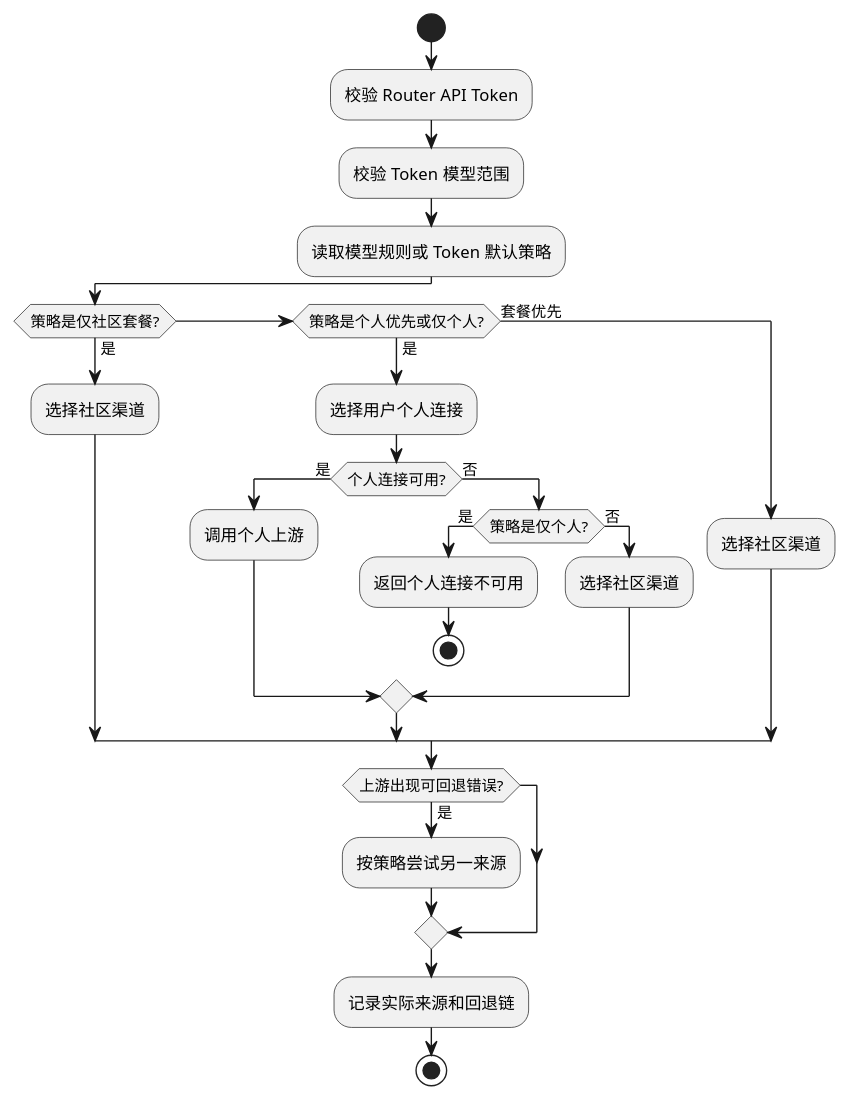
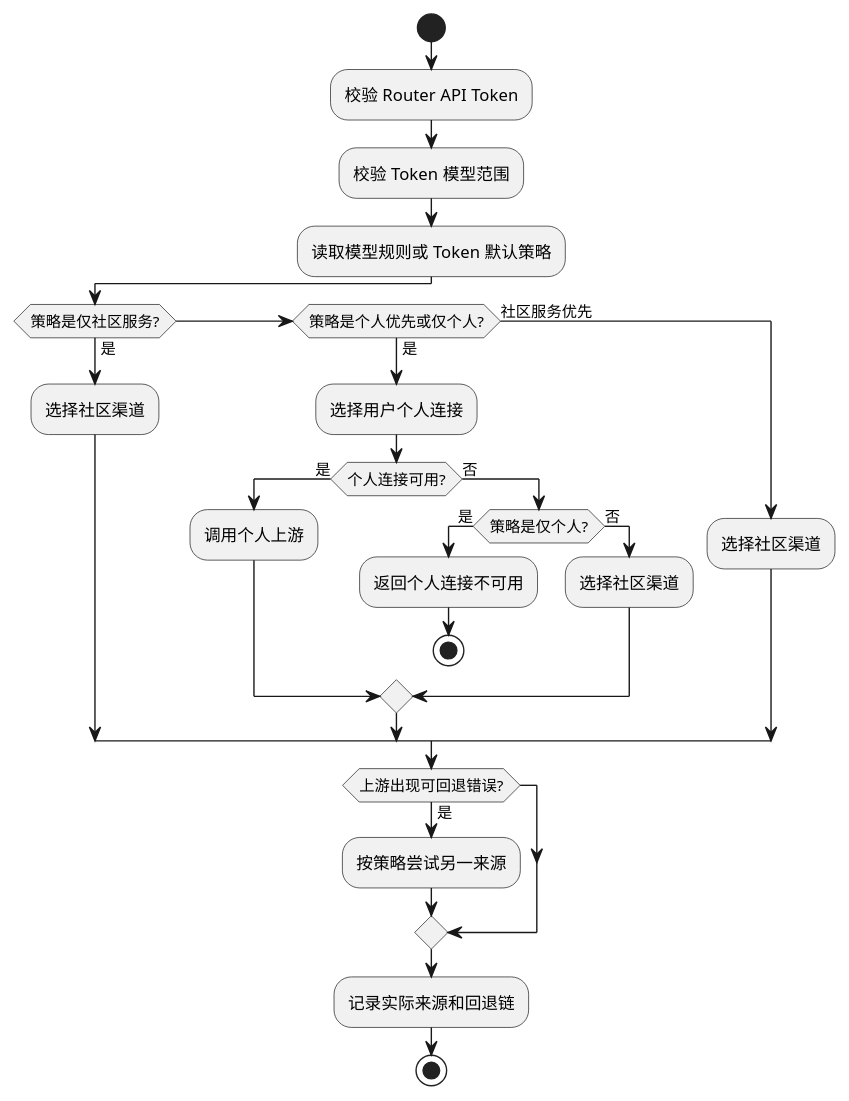
One commit to haiqinma/router changed the diagram in docs/模型路由/个人供应商路由方案.md. Above: the diagram before and after it, drawn with PlantUML. The commit also changed other lines of this file and 14 other files, not shown here.

````diff
--- a/docs/模型路由/个人供应商路由方案.md
+++ b/docs/模型路由/个人供应商路由方案.md
@@ -34,30 +39,30 @@
 ```plantuml
 @startuml
 start
 :校验 Router API Token;
 :校验 Token 模型范围;
 :读取模型规则或 Token 默认策略;
-if (策略是仅社区套餐?) then (是)
+if (策略是仅社区服务?) then (是)
   :选择社区渠道;
 elseif (策略是个人优先或仅个人?) then (是)
   :选择用户个人连接;
   if (个人连接可用?) then (是)
     :调用个人上游;
   else (否)
     if (策略是仅个人?) then (是)
       :返回个人连接不可用;
       stop
     else (否)
       :选择社区渠道;
     endif
   endif
-else (套餐优先)
+else (社区服务优先)
   :选择社区渠道;
 endif
 if (上游出现可回退错误?) then (是)
   :按策略尝试另一来源;
 endif
 :记录实际来源和回退链;
 stop
 @enduml
 ```
````
